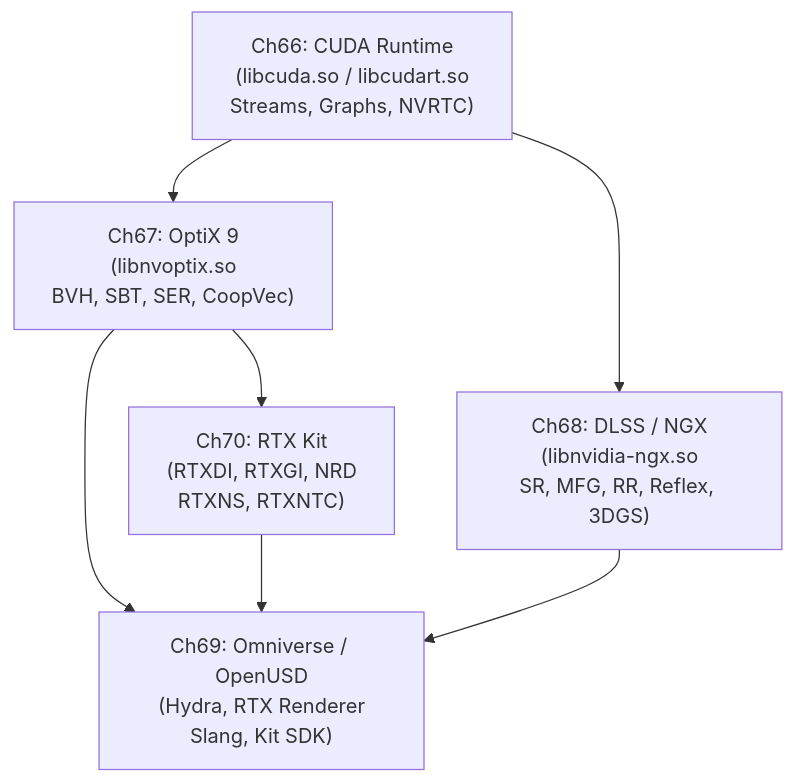
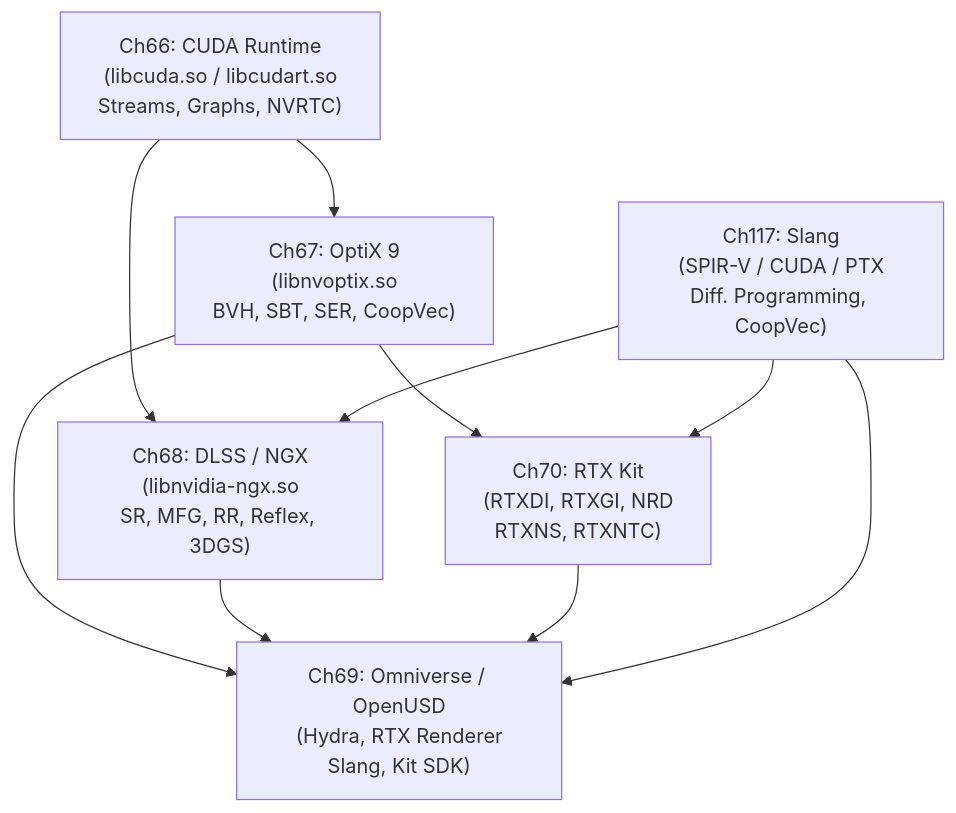
The diagram in chapters/part-15-nvidia-stack/part-intro.md (jreuben11/linux-graphics-stack-book), drawn with Mermaid before and after one commit. The commit also changed other lines of this file and 12 other files, not shown here.

````diff
--- a/chapters/part-15-nvidia-stack/part-intro.md
+++ b/chapters/part-15-nvidia-stack/part-intro.md
@@ -19,14 +21,18 @@
 ```mermaid
 graph TD
     Ch66["Ch66: CUDA Runtime\n(libcuda.so / libcudart.so\nStreams, Graphs, NVRTC)"]
     Ch67["Ch67: OptiX 9\n(libnvoptix.so\nBVH, SBT, SER, CoopVec)"]
     Ch68["Ch68: DLSS / NGX\n(libnvidia-ngx.so\nSR, MFG, RR, Reflex, 3DGS)"]
     Ch69["Ch69: Omniverse / OpenUSD\n(Hydra, RTX Renderer\nSlang, Kit SDK)"]
     Ch70["Ch70: RTX Kit\n(RTXDI, RTXGI, NRD\nRTXNS, RTXNTC)"]
+    Ch117["Ch117: Slang\n(SPIR-V / CUDA / PTX\nDiff. Programming, CoopVec)"]
     Ch66 --> Ch67
     Ch66 --> Ch68
     Ch67 --> Ch69
     Ch68 --> Ch69
     Ch67 --> Ch70
     Ch70 --> Ch69
+    Ch117 --> Ch68
+    Ch117 --> Ch70
+    Ch117 --> Ch69
 ```
````
